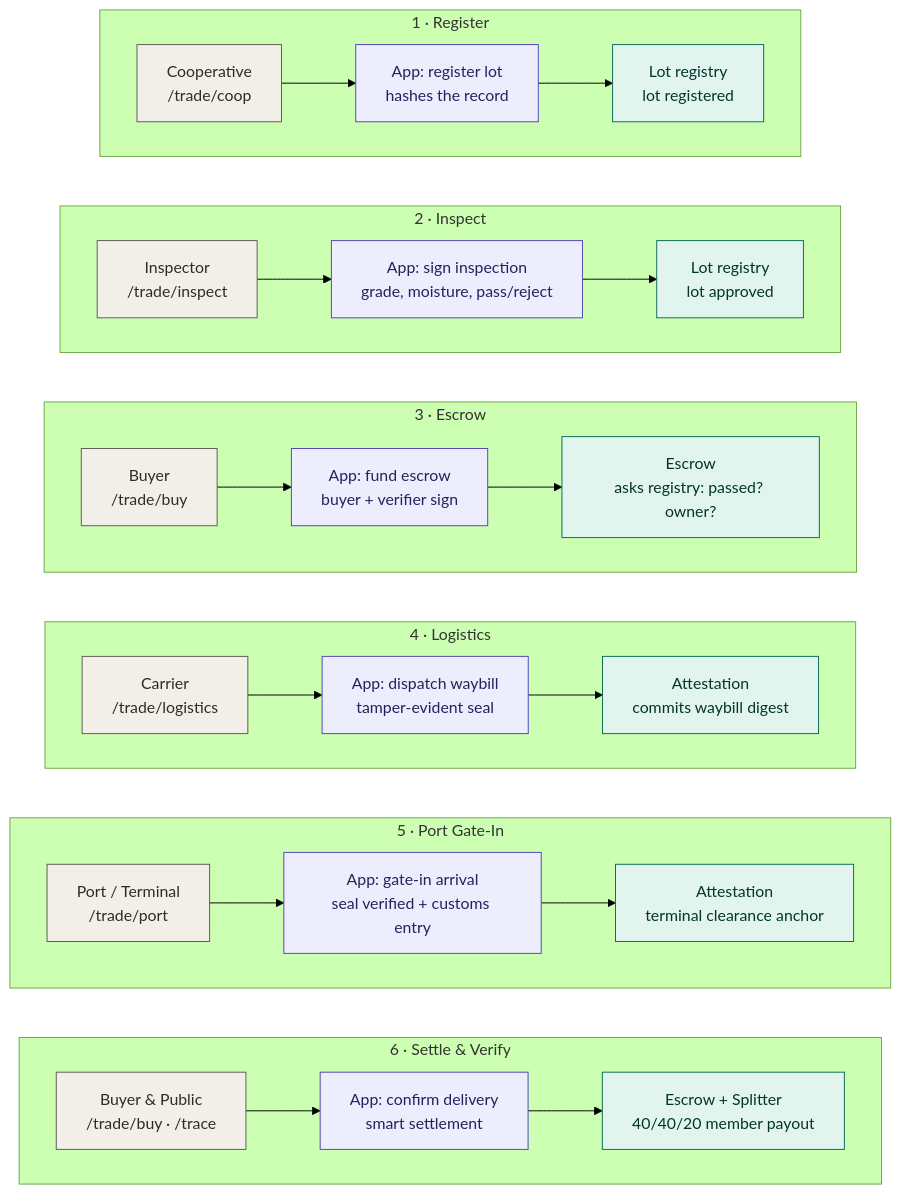
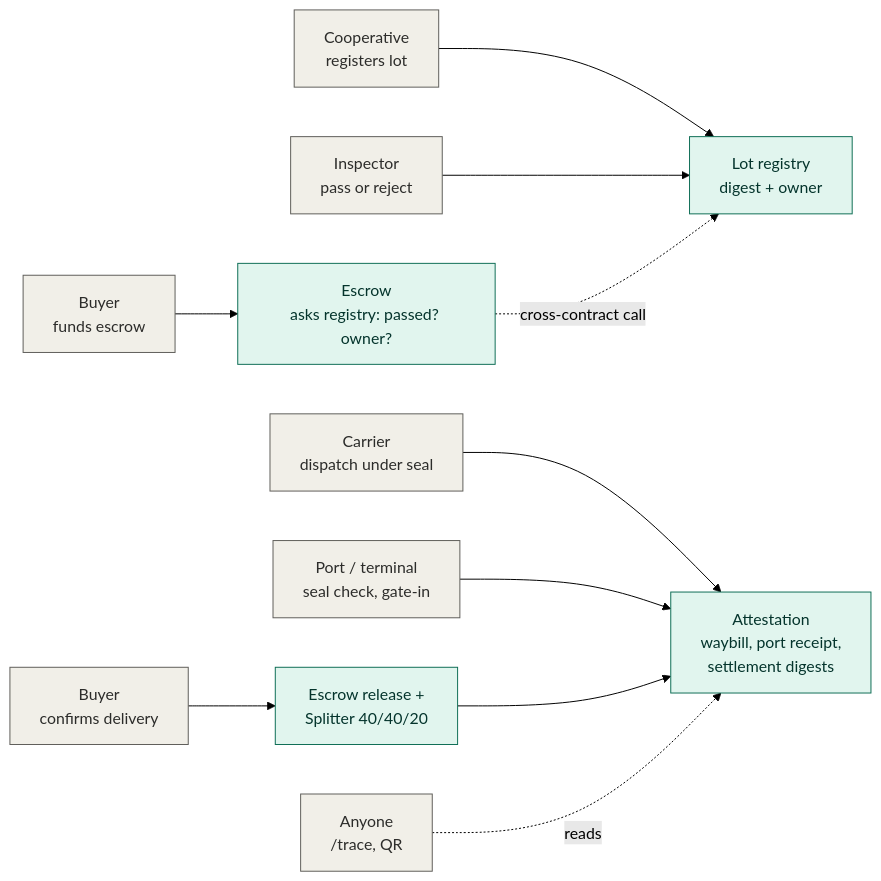
The diagram in README.md (tejirijesse/axk-open-source-capstone), drawn with Mermaid (forest theme) before and after one commit. The commit also changed other lines of this file and 12 other files, not shown here.

````diff
--- a/README.md
+++ b/README.md
@@ -36,32 +63,14 @@
 ```mermaid
-flowchart TB
+flowchart LR
   classDef person fill:#F1EFE8,stroke:#5F5E5A,color:#2C2C2A
-  classDef app fill:#EEEDFE,stroke:#534AB7,color:#26215C
   classDef chain fill:#E1F5EE,stroke:#0F6E56,color:#04342C
-
-  subgraph S1["1 · Register"]
-    direction LR
-    P1["Cooperative<br/>/trade/coop"]:::person --> A1["App: register lot<br/>hashes the record"]:::app --> C1["Lot registry<br/>lot registered"]:::chain
-  end
-  subgraph S2["2 · Inspect"]
-    direction LR
-    P2["Inspector<br/>/trade/inspect"]:::person --> A2["App: sign inspection<br/>grade, moisture, pass/reject"]:::app --> C2["Lot registry<br/>lot approved"]:::chain
-  end
-  subgraph S3["3 · Escrow"]
-    direction LR
-    P3["Buyer<br/>/trade/buy"]:::person --> A3["App: fund escrow<br/>buyer + verifier sign"]:::app --> C3["Escrow<br/>asks registry: passed? owner?"]:::chain
-  end
-  subgraph S4["4 · Logistics"]
-    direction LR
-    P4["Carrier<br/>/trade/logistics"]:::person --> A4["App: dispatch waybill<br/>tamper-evident seal"]:::app --> C4["Attestation<br/>commits waybill digest"]:::chain
-  end
-  subgraph S5["5 · Port Gate-In"]
-    direction LR
-    P5["Port / Terminal<br/>/trade/port"]:::person --> A5["App: gate-in arrival<br/>seal verified + customs entry"]:::app --> C5["Attestation<br/>terminal clearance anchor"]:::chain
-  end
-  subgraph S6["6 · Settle & Verify"]
-    direction LR
-    P6["Buyer & Public<br/>/trade/buy · /trace"]:::person --> A6["App: confirm delivery<br/>smart settlement"]:::app --> C6["Escrow + Splitter<br/>40/40/20 member payout"]:::chain
-  end
-  S1 ~~~ S2 ~~~ S3 ~~~ S4 ~~~ S5 ~~~ S6
+  C["Cooperative<br/>registers lot"]:::person --> R["Lot registry<br/>digest + owner"]:::chain
+  I["Inspector<br/>pass or reject"]:::person --> R
+  B["Buyer<br/>funds escrow"]:::person --> E["Escrow<br/>asks registry: passed? owner?"]:::chain
+  E -. cross-contract call .-> R
+  L["Carrier<br/>dispatch under seal"]:::person --> A["Attestation<br/>waybill, port receipt,<br/>settlement digests"]:::chain
+  P["Port / terminal<br/>seal check, gate-in"]:::person --> A
+  B2["Buyer<br/>confirms delivery"]:::person --> S["Escrow release +<br/>Splitter 40/40/20"]:::chain
+  S --> A
+  V["Anyone<br/>/trace, QR"]:::person -. reads .-> A
 ```
````
